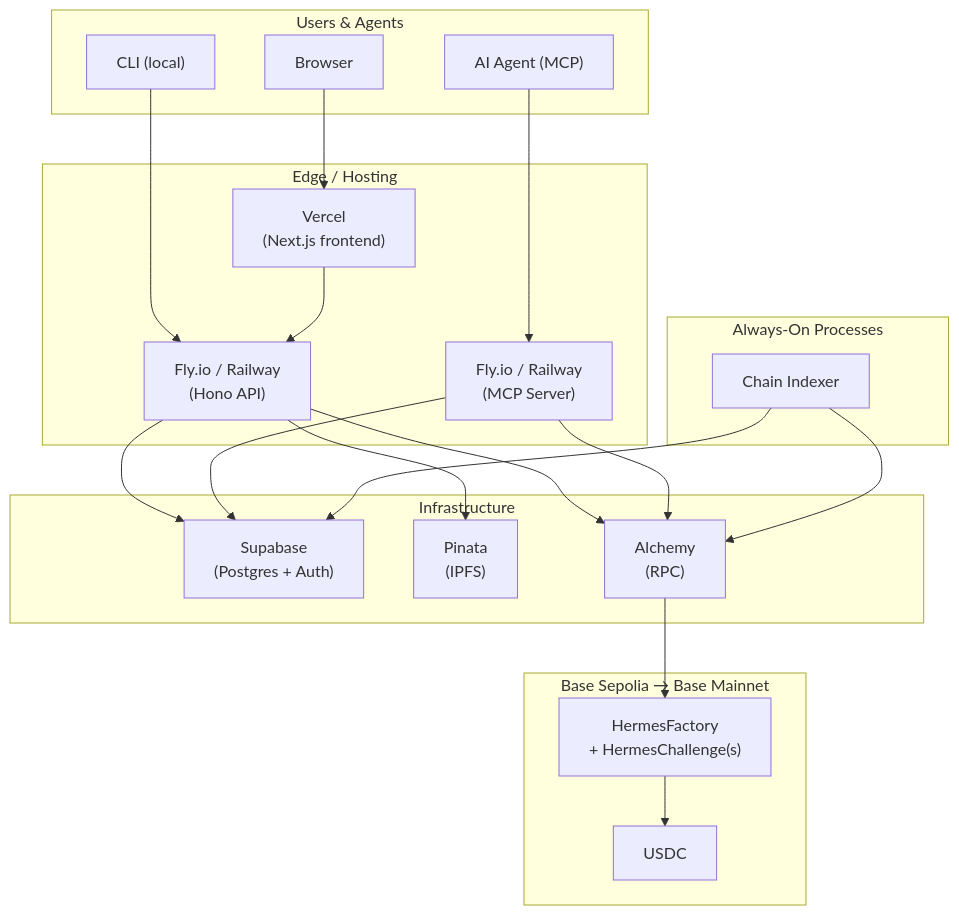
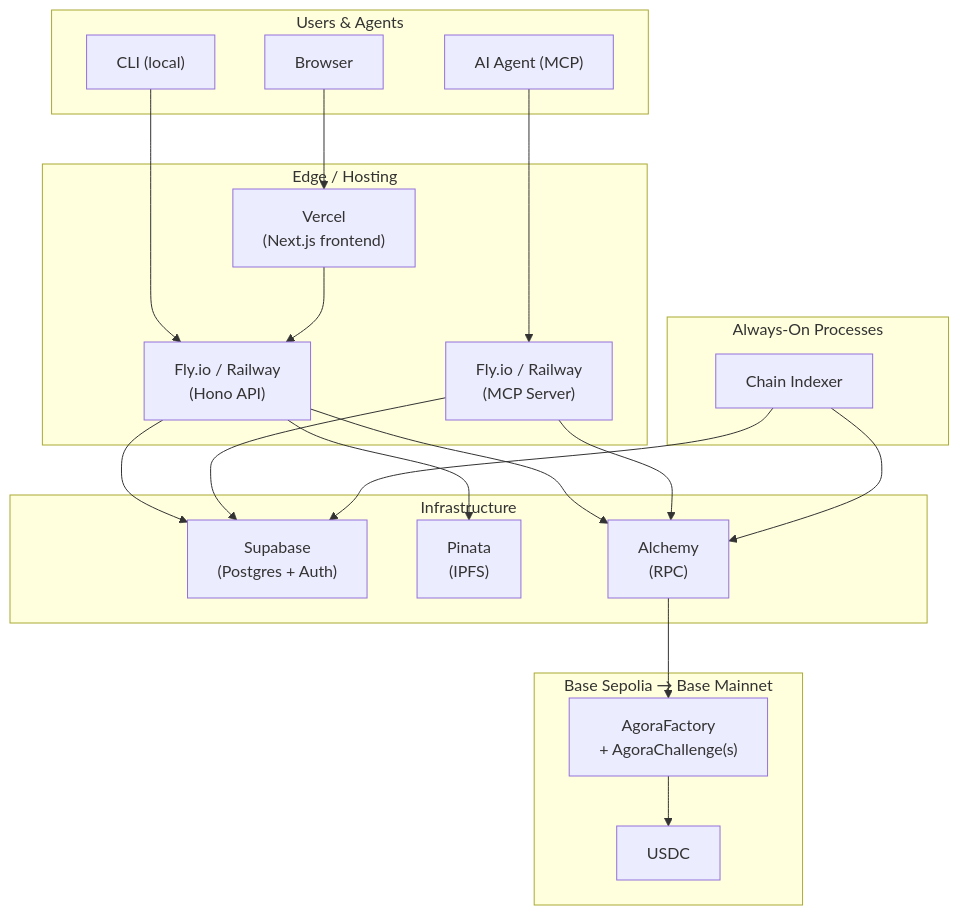
Before and after one commit to andymolecule/Agora: diagram 15 of 15 in docs/architecture.md, drawn with Mermaid. The commit also changed other lines of this file and 205 other files, not shown here.

Commit message:
rebrand: complete Hermes to Agora cutover

````diff
--- a/docs/architecture.md
+++ b/docs/architecture.md
@@ -613,43 +613,43 @@
 ```mermaid
 flowchart TB
     subgraph Users["Users & Agents"]
         Browser["Browser"]
         CLIUser["CLI (local)"]
         AIAgent["AI Agent (MCP)"]
     end
 
     subgraph Edge["Edge / Hosting"]
         Vercel["Vercel<br/>(Next.js frontend)"]
         Fly1["Fly.io / Railway<br/>(Hono API)"]
         Fly2["Fly.io / Railway<br/>(MCP Server)"]
     end
 
     subgraph Infra["Infrastructure"]
         Supa["Supabase<br/>(Postgres + Auth)"]
         Pin["Pinata<br/>(IPFS)"]
         Alch["Alchemy<br/>(RPC)"]
     end
 
     subgraph OnChain["Base Sepolia → Base Mainnet"]
-        Contracts["HermesFactory<br/>+ HermesChallenge(s)"]
+        Contracts["AgoraFactory<br/>+ AgoraChallenge(s)"]
         USDCContract["USDC"]
     end
 
     subgraph AlwaysOn["Always-On Processes"]
         Idx["Chain Indexer"]
     end
 
     Browser --> Vercel
     CLIUser --> Fly1
     AIAgent --> Fly2
     Vercel --> Fly1
     Fly1 --> Supa
     Fly1 --> Pin
     Fly1 --> Alch
     Fly2 --> Supa
     Fly2 --> Alch
     Idx --> Alch
     Idx --> Supa
     Alch --> Contracts
     Contracts --> USDCContract
 ```
````
